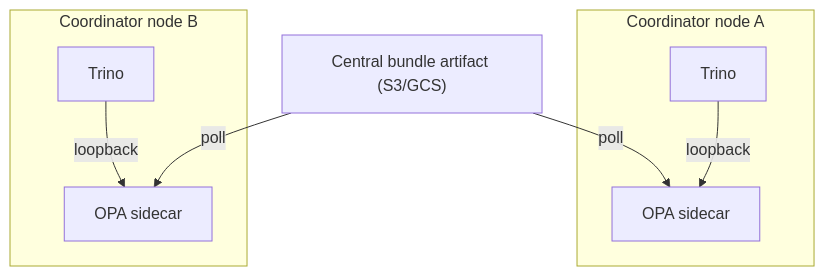
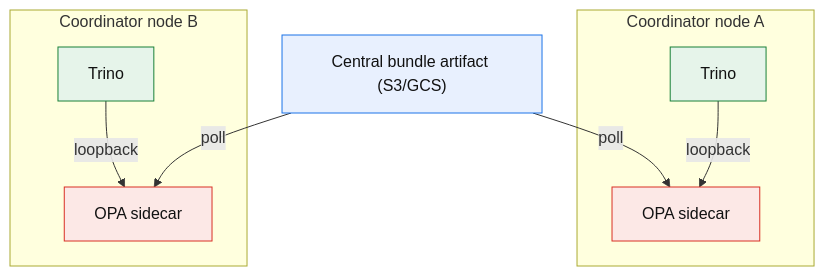
One commit to wpunit13/trino-opa-access-control changed the fifth of 5 diagrams in docs/ARCHITECTURE.md. Above: the diagram before and after it, drawn with Mermaid. The commit also changed other lines of this file and 1 other file, not shown here.

Commit message:
ARCHITECTURE.md visualization changes.

````diff
--- a/docs/ARCHITECTURE.md
+++ b/docs/ARCHITECTURE.md
@@ -149,12 +173,18 @@
 ```mermaid
 graph TB
+classDef opa fill:#FCE8E6,stroke:#D93025,color:#111111
+classDef trino fill:#E6F4EA,stroke:#188038,color:#111111
+classDef infra fill:#E8F0FE,stroke:#1A73E8,color:#111111
     AR["Central bundle artifact (S3/GCS)"]
     subgraph NodeA["Coordinator node A"]
         T1["Trino"] -->|"loopback"| O1["OPA sidecar"]
     end
     subgraph NodeB["Coordinator node B"]
         T2["Trino"] -->|"loopback"| O2["OPA sidecar"]
     end
     AR -->|"poll"| O1
     AR -->|"poll"| O2
+    class AR infra
+    class O1,O2 opa
+    class T1,T2 trino
 ```
````
